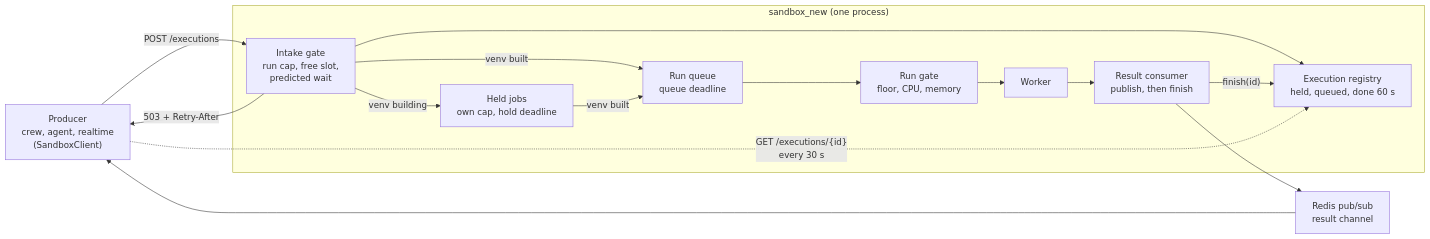
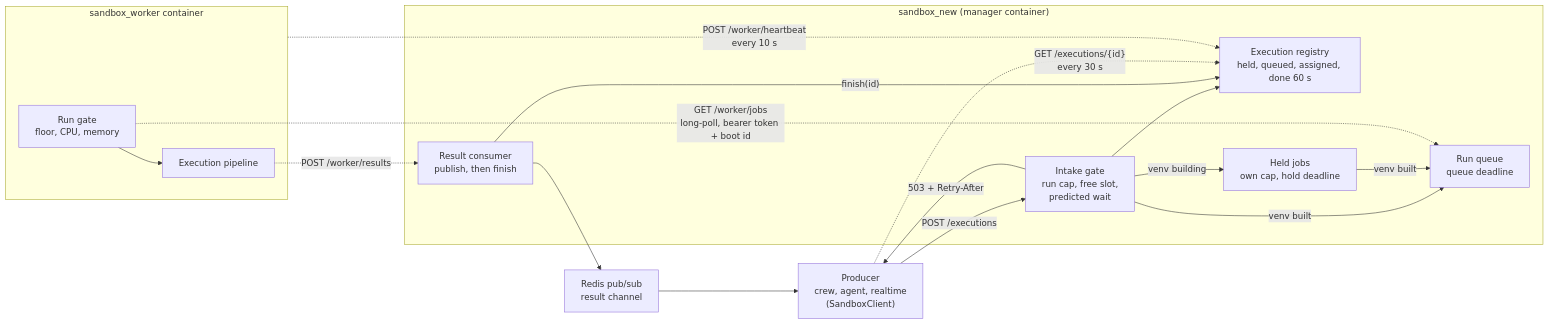
Before and after one commit to EpicStaff/EpicStaff: the first of 4 diagrams in docs/sandbox/README.md, drawn with Mermaid. The commit also changed other lines of this file and 1 other file, not shown here.

Commit message:
docs(EST-4615): describe the manager/worker container split

````diff
--- a/docs/sandbox/README.md
+++ b/docs/sandbox/README.md
@@ -30,25 +31,30 @@
 ```mermaid
 flowchart LR
     P["Producer<br/>crew, agent, realtime<br/>(SandboxClient)"]
-    subgraph S["sandbox_new (one process)"]
+    subgraph S["sandbox_new (manager container)"]
         G["Intake gate<br/>run cap, free slot,<br/>predicted wait"]
-        R["Execution registry<br/>held, queued, done 60 s"]
+        R["Execution registry<br/>held, queued, assigned, done 60 s"]
         H["Held jobs<br/>own cap, hold deadline"]
         Q["Run queue<br/>queue deadline"]
+        C["Result consumer<br/>publish, then finish"]
+    end
+    subgraph WK["sandbox_worker container"]
         W["Run gate<br/>floor, CPU, memory"]
-        X["Worker"]
-        C["Result consumer<br/>publish, then finish"]
+        X["Execution pipeline"]
     end
     B["Redis pub/sub<br/>result channel"]
 
     P -- "POST /executions" --> G
     G -- "503 + Retry-After" --> P
     G --> R
     G -- "venv building" --> H
     G -- "venv built" --> Q
     H -- "venv built" --> Q
-    Q --> W --> X --> C
+    W -. "GET /worker/jobs<br/>long-poll, bearer token + boot id" .-> Q
+    W --> X
+    X -. "POST /worker/results" .-> C
+    WK -. "POST /worker/heartbeat<br/>every 10 s" .-> R
     C --> B --> P
     C -- "finish(id)" --> R
     P -. "GET /executions/{id}<br/>every 30 s" .-> R
 ```
````
